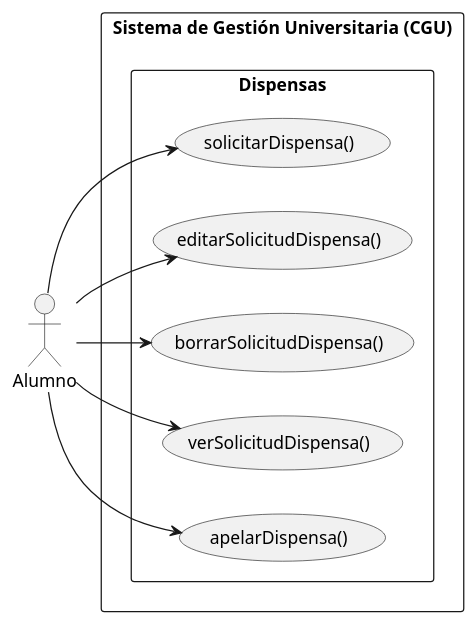
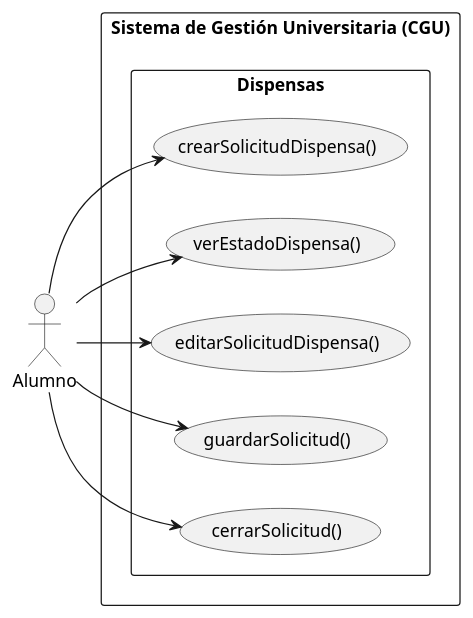
The diagram in documents/CasosDeUso/CasoDeUso/Alumno/DdCdU.puml (enmabry/25-26-IdSw1-SdR), drawn with PlantUML before and after one commit. The commit also changed 7 other files, not shown here.

Commit message:
Refactor Matricula state diagram: update SVG structure and content for clarity and consistency

```diff
--- a/documents/CasosDeUso/CasoDeUso/Alumno/DdCdU.puml
+++ b/documents/CasosDeUso/CasoDeUso/Alumno/DdCdU.puml
@@ -1,25 +1,24 @@
-@startuml
+@startuml Alumno_Dispensas
 left to right direction
 skinparam packageStyle rectangle
 
 actor Alumno
 
 rectangle "Sistema de Gestión Universitaria (CGU)" {
 
     package "Dispensas" {
-        usecase "solicitarDispensa()" as SolicitarDispensa
+        usecase "crearSolicitudDispensa()"  as CrearSolicitudDispensa
+        usecase "verEstadoDispensa()"       as VerEstadoDispensa
         usecase "editarSolicitudDispensa()" as EditarSolicitudDispensa
-        usecase "borrarSolicitudDispensa()" as BorrarSolicitudDispensa
-        usecase "verSolicitudDispensa()" as VerSolicitudDispensa
-        usecase "apelarDispensa()" as ApelarDispensa
+        usecase "guardarSolicitud()"        as GuardarSolicitud
+        usecase "cerrarSolicitud()"         as CerrarSolicitud
     }
 
 }
 
-Alumno --> SolicitarDispensa
+Alumno --> CrearSolicitudDispensa
+Alumno --> VerEstadoDispensa
 Alumno --> EditarSolicitudDispensa
-Alumno --> BorrarSolicitudDispensa
-Alumno --> VerSolicitudDispensa
-Alumno --> ApelarDispensa
-
+Alumno --> GuardarSolicitud
+Alumno --> CerrarSolicitud
 @enduml
```
